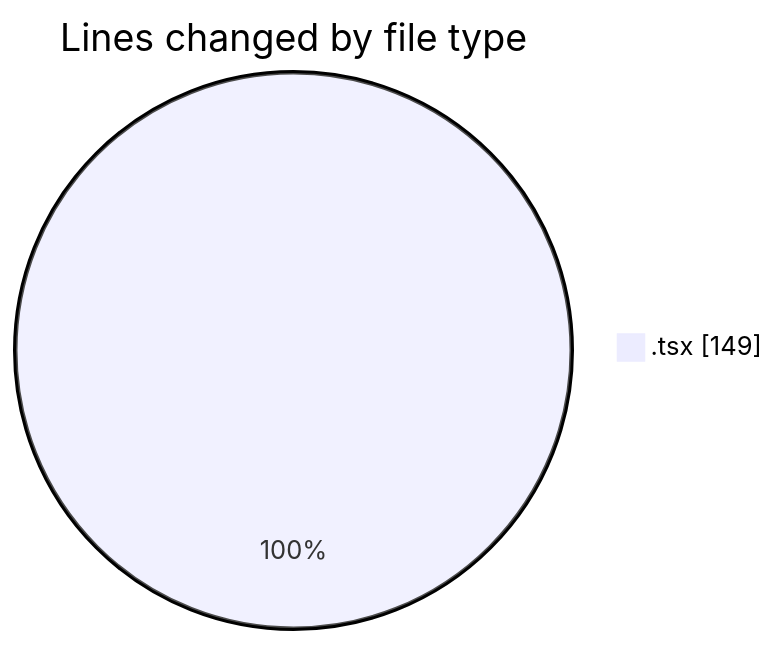
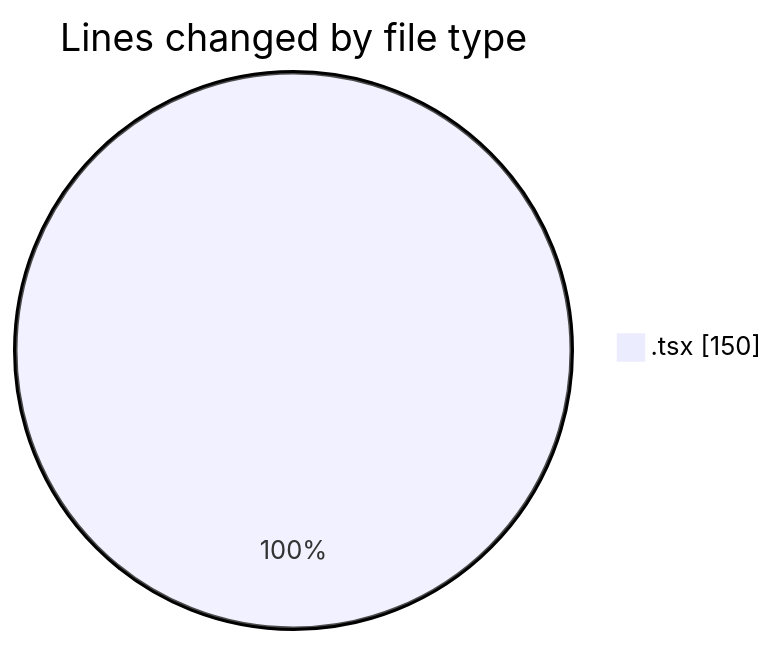
One commit to julien-gomy/code-tracking changed the first of 2 diagrams in 2025-11-18/eventscop-frontend-guide__workspace_/README.md. Above: the diagram before and after it, drawn with Mermaid. The commit also changed other lines of this file and 1 other file, not shown here.

````diff
--- a/2025-11-18/eventscop-frontend-guide__workspace_/README.md
+++ b/2025-11-18/eventscop-frontend-guide__workspace_/README.md
@@ -21,5 +22,5 @@
 ```mermaid
 pie showData
 title Lines changed by file type
-".tsx" : 149
+".tsx" : 150
 ```
````
